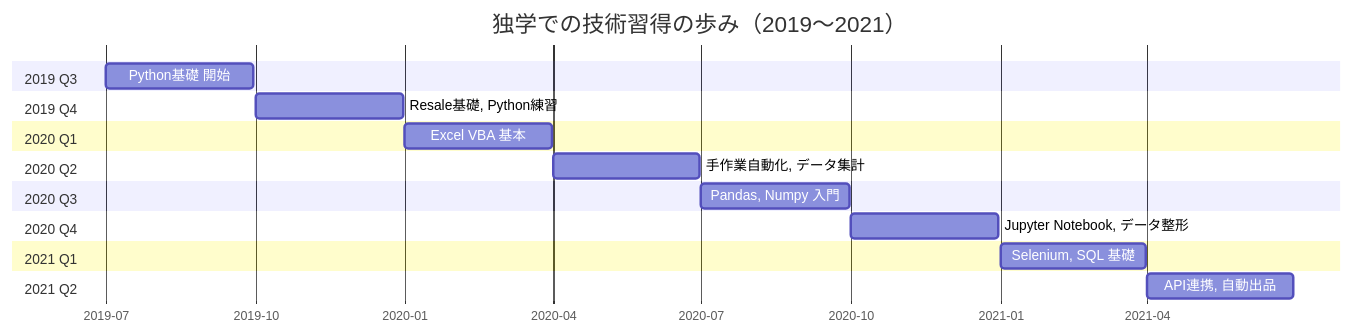
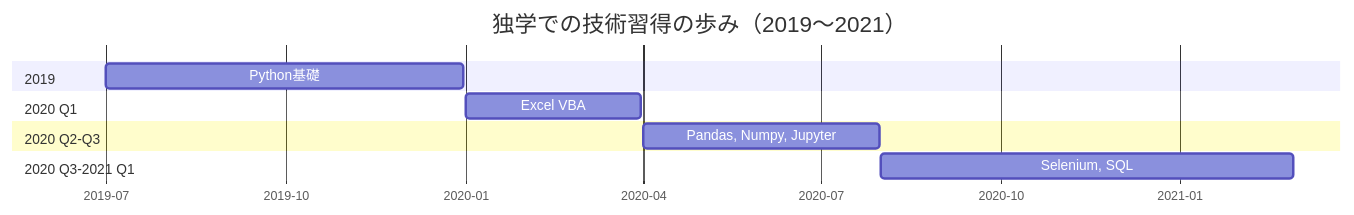
One commit to 0xkz1/resale-automation-archive changed the second of 2 diagrams in README.md. Above: the diagram before and after it, drawn with Mermaid. The commit also changed other lines of this file, not shown here.

Commit message:
refactor: adjust timeline to 4 blocks with specific date ranges
- Python Basic: 2019/7-2019/12
- Excel VBA: 2020/1-2020/3
- Pandas/Numpy/Jupyter: 2020/4-2020/7
- Selenium/SQL: 2020/8-2021/2

````diff
--- a/README.md
+++ b/README.md
@@ -67,30 +55,18 @@
 ```mermaid
 gantt
     title 独学での技術習得の歩み（2019〜2021）
     dateFormat YYYY-MM-DD
     axisFormat %Y-%m
 
-    section 2019 Q3
-    Python基礎 開始 :t1, 2019-07-01, 2019-09-30
-
-    section 2019 Q4
-    Resale基礎, Python練習 :t2, 2019-10-01, 2019-12-31
+    section 2019
+    Python基礎 :t1, 2019-07-01, 2019-12-31
 
     section 2020 Q1
-    Excel VBA 基本 :t3, 2020-01-01, 2020-03-31
+    Excel VBA :t2, 2020-01-01, 2020-03-31
 
-    section 2020 Q2
-    手作業自動化, データ集計 :t4, 2020-04-01, 2020-06-30
+    section 2020 Q2-Q3
+    Pandas, Numpy, Jupyter :t3, 2020-04-01, 2020-07-31
 
-    section 2020 Q3
-    Pandas, Numpy 入門 :t5, 2020-07-01, 2020-09-30
-
-    section 2020 Q4
-    Jupyter Notebook, データ整形 :t6, 2020-10-01, 2020-12-31
-
-    section 2021 Q1
-    Selenium, SQL 基礎 :t7, 2021-01-01, 2021-03-31
-
-    section 2021 Q2
-    API連携, 自動出品 :t8, 2021-04-01, 2021-06-30
+    section 2020 Q3-2021 Q1
+    Selenium, SQL :t4, 2020-08-01, 2021-02-28
 ```
````
